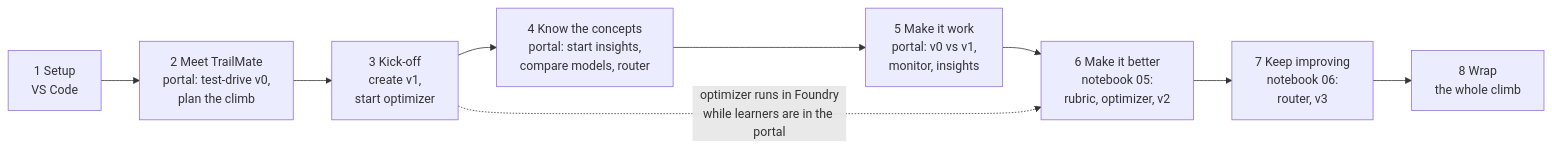
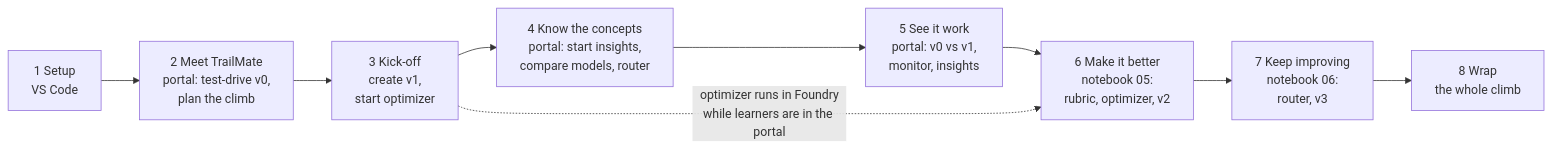
The diagram in instructions/skillable/README.md (AndreaRizzi/ingnite26-LAB663), drawn with Mermaid before and after one commit. The commit also changed other lines of this file and 7 other files, not shown here.

First line of the commit message:
Finish dry-run pass 1: promotion in notebook, See it work, cleanup

````diff
--- a/instructions/skillable/README.md
+++ b/instructions/skillable/README.md
@@ -13,11 +13,11 @@
 ```mermaid
 flowchart LR
     S["1 Setup<br/>VS Code"] --> M["2 Meet TrailMate<br/>portal: test-drive v0,<br/>plan the climb"]
     M --> K["3 Kick-off<br/>create v1,<br/>start optimizer"]
     K --> C["4 Know the concepts<br/>portal: start insights,<br/>compare models, router"]
-    C --> W["5 Make it work<br/>portal: v0 vs v1,<br/>monitor, insights"]
+    C --> W["5 See it work<br/>portal: v0 vs v1,<br/>monitor, insights"]
     W --> B["6 Make it better<br/>notebook 05:<br/>rubric, optimizer, v2"]
     B --> I["7 Keep improving<br/>notebook 06:<br/>router, v3"]
     I --> R["8 Wrap<br/>the whole climb"]
     K -. "optimizer runs in Foundry<br/>while learners are in the portal" .-> B
 ```
````
